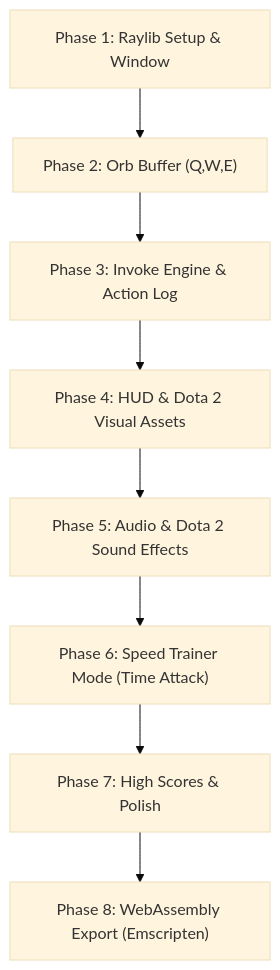
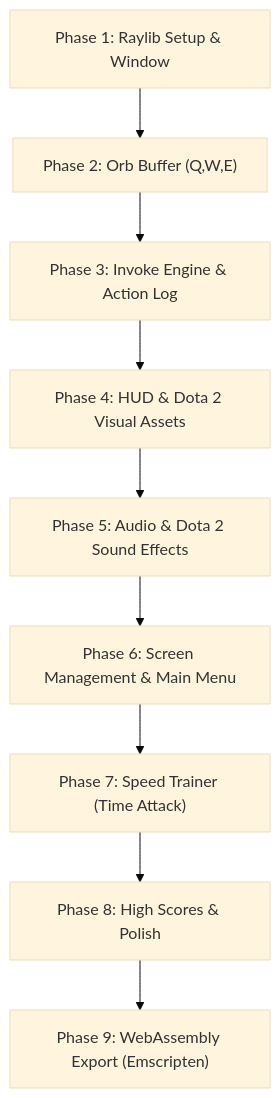
One commit to rasyidcode/invoker-game changed the diagram in ROADMAP.md. Above: the diagram before and after it, drawn with Mermaid (base theme). The commit also changed other lines of this file and 29 other files, not shown here.

````diff
--- a/ROADMAP.md
+++ b/ROADMAP.md
@@ -9,10 +9,11 @@
 ```mermaid
 flowchart TD
     M1["Phase 1: Raylib Setup & Window"] --> M2["Phase 2: Orb Buffer (Q,W,E)"]
     M2 --> M3["Phase 3: Invoke Engine & Action Log"]
     M3 --> M4["Phase 4: HUD & Dota 2 Visual Assets"]
     M4 --> M5["Phase 5: Audio & Dota 2 Sound Effects"]
-    M5 --> M6["Phase 6: Speed Trainer Mode (Time Attack)"]
-    M6 --> M7["Phase 7: High Scores & Polish"]
-    M7 --> M8["Phase 8: WebAssembly Export (Emscripten)"]
+    M5 --> M6["Phase 6: Screen Management & Main Menu"]
+    M6 --> M7["Phase 7: Speed Trainer (Time Attack)"]
+    M7 --> M8["Phase 8: High Scores & Polish"]
+    M8 --> M9["Phase 9: WebAssembly Export (Emscripten)"]
 ```
````
